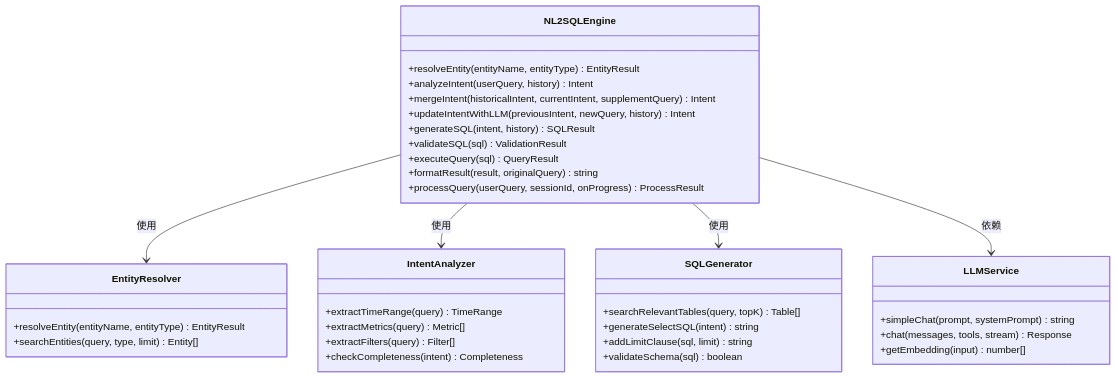
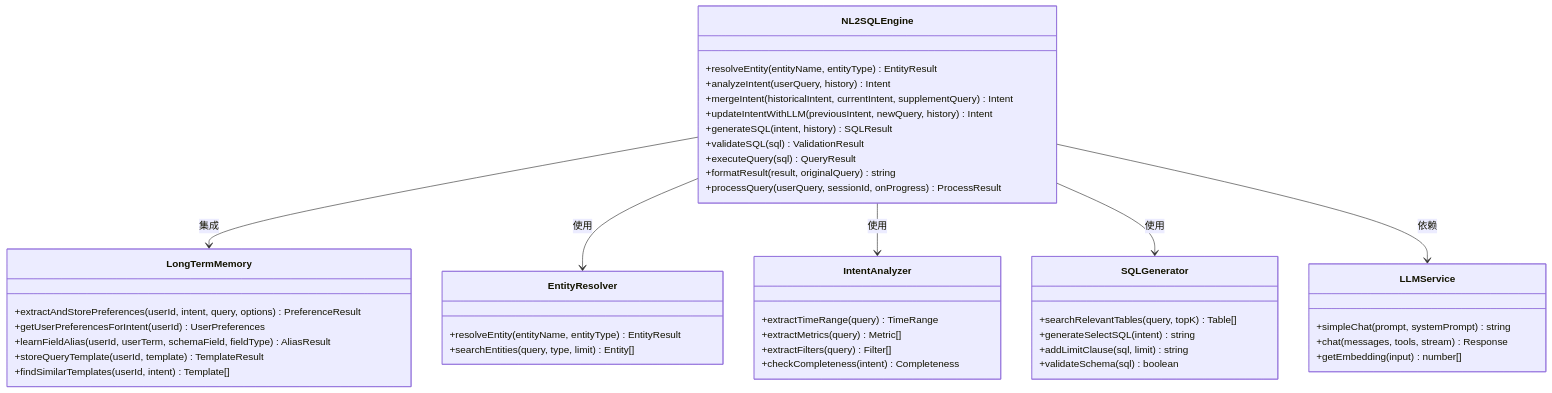
Before and after one commit to HanHuiOnLine/724-office: the third of 12 diagrams in .qoder/repowiki/zh/content/API参考/NL2SQL API参考.md, drawn with Mermaid. The commit also changed other lines of this file and 14 other files, not shown here.

Commit message:
优化意图识别

````diff
--- a/.qoder/repowiki/zh/content/API参考/NL2SQL API参考.md
+++ b/.qoder/repowiki/zh/content/API参考/NL2SQL API参考.md
@@ -211,39 +240,47 @@
 ```mermaid
 classDiagram
 class NL2SQLEngine {
 +resolveEntity(entityName, entityType) EntityResult
 +analyzeIntent(userQuery, history) Intent
 +mergeIntent(historicalIntent, currentIntent, supplementQuery) Intent
 +updateIntentWithLLM(previousIntent, newQuery, history) Intent
 +generateSQL(intent, history) SQLResult
 +validateSQL(sql) ValidationResult
 +executeQuery(sql) QueryResult
 +formatResult(result, originalQuery) string
 +processQuery(userQuery, sessionId, onProgress) ProcessResult
+}
+class LongTermMemory {
++extractAndStorePreferences(userId, intent, query, options) PreferenceResult
++getUserPreferencesForIntent(userId) UserPreferences
++learnFieldAlias(userId, userTerm, schemaField, fieldType) AliasResult
++storeQueryTemplate(userId, template) TemplateResult
++findSimilarTemplates(userId, intent) Template[]
 }
 class EntityResolver {
 +resolveEntity(entityName, entityType) EntityResult
 +searchEntities(query, type, limit) Entity[]
 }
 class IntentAnalyzer {
 +extractTimeRange(query) TimeRange
 +extractMetrics(query) Metric[]
 +extractFilters(query) Filter[]
 +checkCompleteness(intent) Completeness
 }
 class SQLGenerator {
 +searchRelevantTables(query, topK) Table[]
 +generateSelectSQL(intent) string
 +addLimitClause(sql, limit) string
 +validateSchema(sql) boolean
 }
 class LLMService {
 +simpleChat(prompt, systemPrompt) string
 +chat(messages, tools, stream) Response
 +getEmbedding(input) number[]
 }
+NL2SQLEngine --> LongTermMemory : 集成
 NL2SQLEngine --> EntityResolver : 使用
 NL2SQLEngine --> IntentAnalyzer : 使用
 NL2SQLEngine --> SQLGenerator : 使用
 NL2SQLEngine --> LLMService : 依赖
 ```
````
